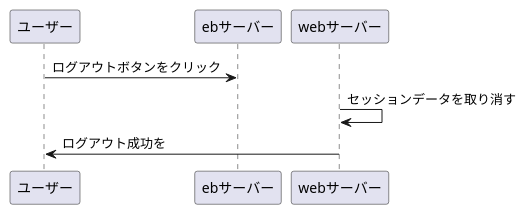
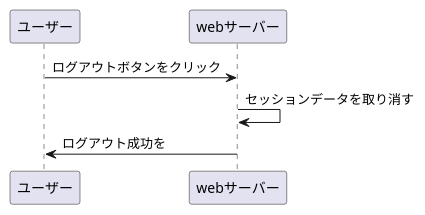
Before and after one commit to Aso2001227/Aso-Sports-1: the diagram in 設計書/02_業務フロー/business-flow2.md, drawn with PlantUML.

````diff
--- a/設計書/02_業務フロー/business-flow2.md
+++ b/設計書/02_業務フロー/business-flow2.md
@@ -1,7 +1,7 @@
 ```uml
 @startuml
-ユーザー ->ebサーバー :ログアウトボタンをクリック
+ユーザー ->webサーバー :ログアウトボタンをクリック
 webサーバー -> webサーバー :セッションデータを取り消す
 webサーバー -> ユーザー :ログアウト成功を
 @enduml
 ```
````
